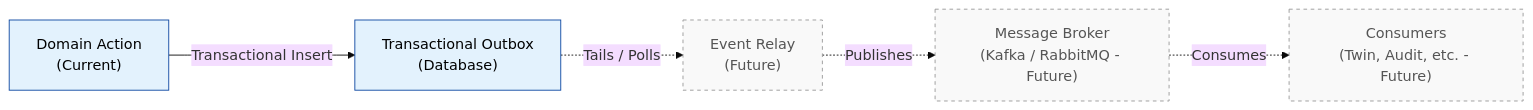
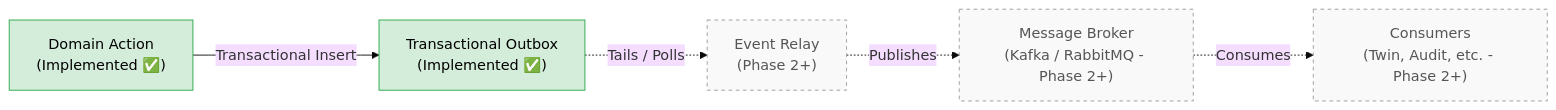
One commit to h-builds/nexus-wms changed the fourth of 5 diagrams in README.md. Above: the diagram before and after it, drawn with Mermaid (base theme). The commit also changed other lines of this file and 1 other file, not shown here.

Commit message:
docs: update project roadmap to reflect Phase 0 completion and initiate Phase 1 Field-Agent Mobile development

````diff
--- a/README.md
+++ b/README.md
@@ -116,16 +136,16 @@
 ```mermaid
 flowchart LR
-    classDef current fill:#e3f2fd,stroke:#0d47a1,color:#000
+    classDef current fill:#d4edda,stroke:#28a745,color:#000
     classDef future fill:#f9f9f9,stroke:#999,stroke-dasharray: 4 4,color:#555
 
-    Action["Domain Action\n(Current)"]:::current
-    Outbox["Transactional Outbox\n(Database)"]:::current
-    Relay["Event Relay\n(Future)"]:::future
-    Bus["Message Broker\n(Kafka / RabbitMQ - Future)"]:::future
-    Consumers["Consumers\n(Twin, Audit, etc. - Future)"]:::future
+    Action["Domain Action\n(Implemented ✅)"]:::current
+    Outbox["Transactional Outbox\n(Implemented ✅)"]:::current
+    Relay["Event Relay\n(Phase 2+)"]:::future
+    Bus["Message Broker\n(Kafka / RabbitMQ - Phase 2+)"]:::future
+    Consumers["Consumers\n(Twin, Audit, etc. - Phase 2+)"]:::future
 
     Action -->|Transactional Insert| Outbox
     Outbox -.->|Tails / Polls| Relay
     Relay -.->|Publishes| Bus
     Bus -.->|Consumes| Consumers
 ```
````
